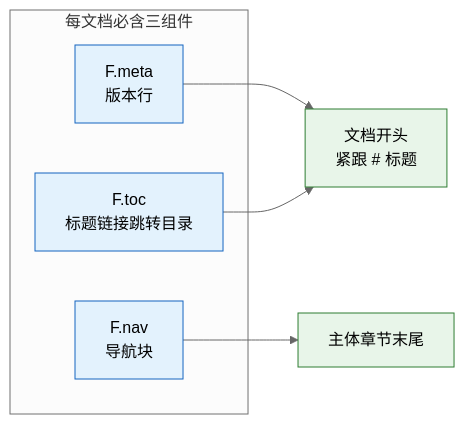
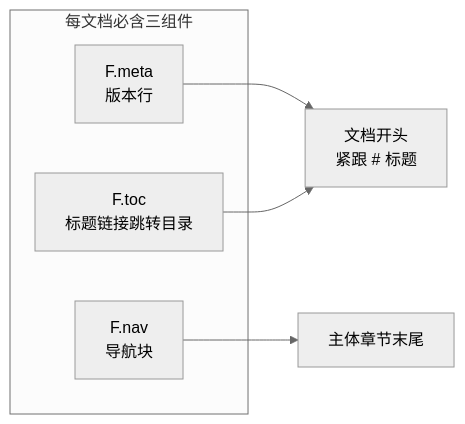
The second of 11 diagrams in rules/doc-generation.md (effiy/YrY), drawn with Mermaid (neutral theme) before and after one commit. The commit also changed other lines of this file and 61 other files, not shown here.

````diff
--- a/rules/doc-generation.md
+++ b/rules/doc-generation.md
@@ -92,14 +91,12 @@
 ```mermaid
 flowchart LR
     subgraph 必含["每文档必含三组件"]
         META["F.meta<br/>版本行"]:::must
         TOC["F.toc<br/>标题链接跳转目录"]:::must
         NAV["F.nav<br/>导航块"]:::must
     end
     META --> DOC_TOP["文档开头<br/>紧跟 # 标题"]:::out
     TOC --> DOC_TOP
     NAV --> DOC_END["主体章节末尾"]:::out
 
-    classDef must fill:#e3f2fd,stroke:#1565c0;
-    classDef out fill:#e8f5e9,stroke:#2e7d32;
 ```
````
